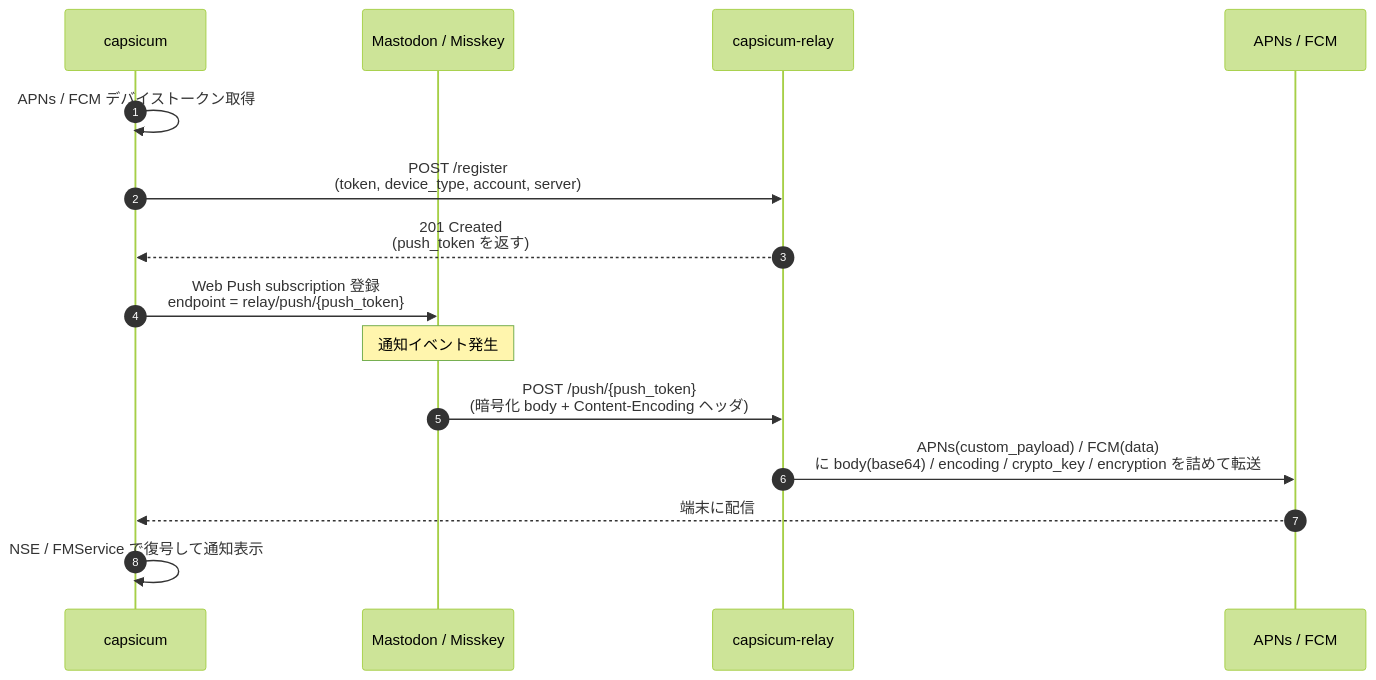
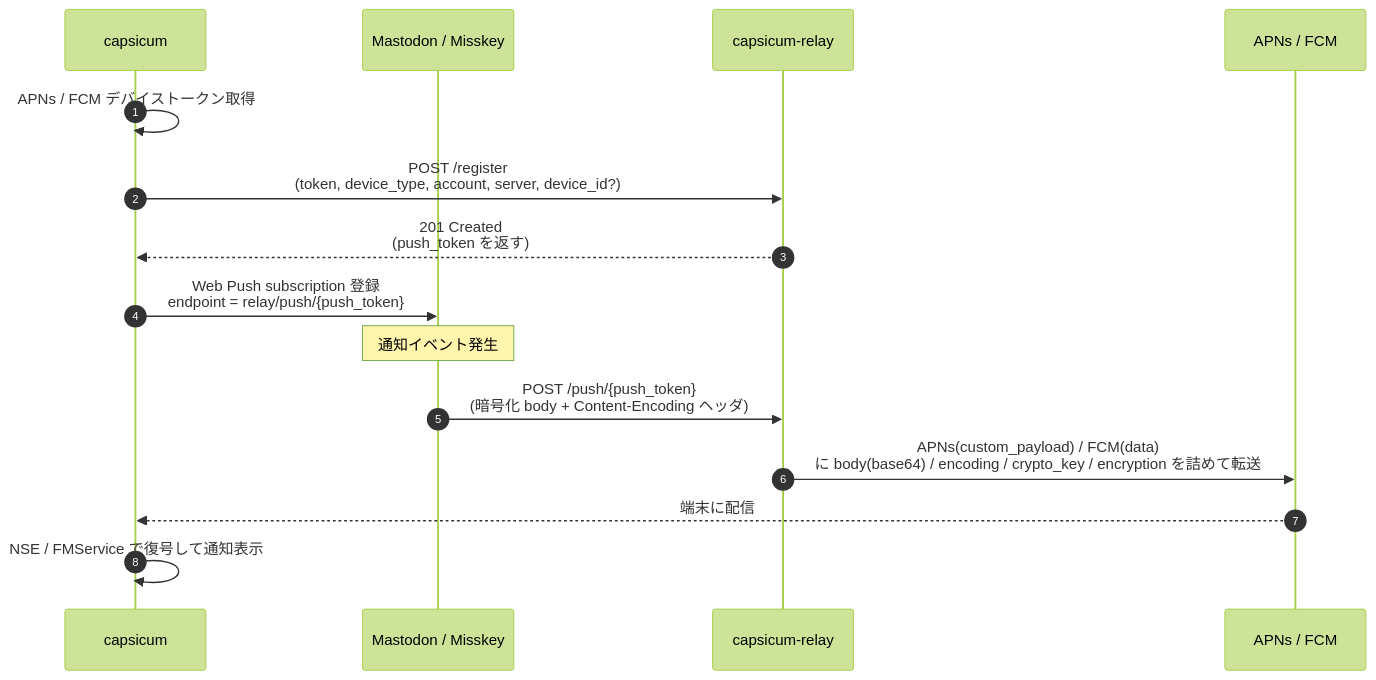
One commit to pooza/capsicum-relay changed the second of 3 diagrams in docs/CLAUDE.md. Above: the diagram before and after it, drawn with Mermaid (forest theme). The commit also changed other lines of this file and 3 other files, not shown here.

````diff
--- a/docs/CLAUDE.md
+++ b/docs/CLAUDE.md
@@ -47,17 +47,17 @@
 ```mermaid
 sequenceDiagram
   autonumber
   participant C as capsicum
   participant S as Mastodon / Misskey
   participant R as capsicum-relay
   participant P as APNs / FCM
   C->>C: APNs / FCM デバイストークン取得
-  C->>R: POST /register<br/>(token, device_type, account, server)
+  C->>R: POST /register<br/>(token, device_type, account, server, device_id?)
   R-->>C: 201 Created<br/>(push_token を返す)
   C->>S: Web Push subscription 登録<br/>endpoint = relay/push/{push_token}
   Note over S: 通知イベント発生
   S->>R: POST /push/{push_token}<br/>(暗号化 body + Content-Encoding ヘッダ)
   R->>P: APNs(custom_payload) / FCM(data)<br/>に body(base64) / encoding / crypto_key / encryption を詰めて転送
   P-->>C: 端末に配信
   C->>C: NSE / FMService で復号して通知表示
 ```
````
